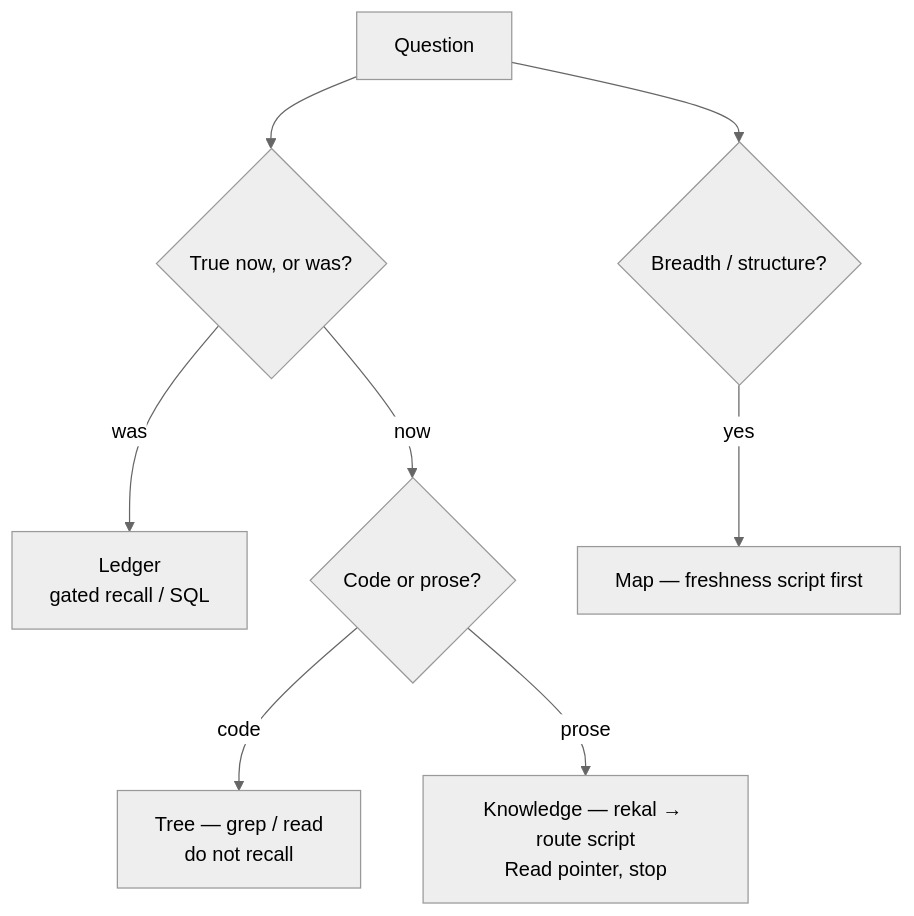
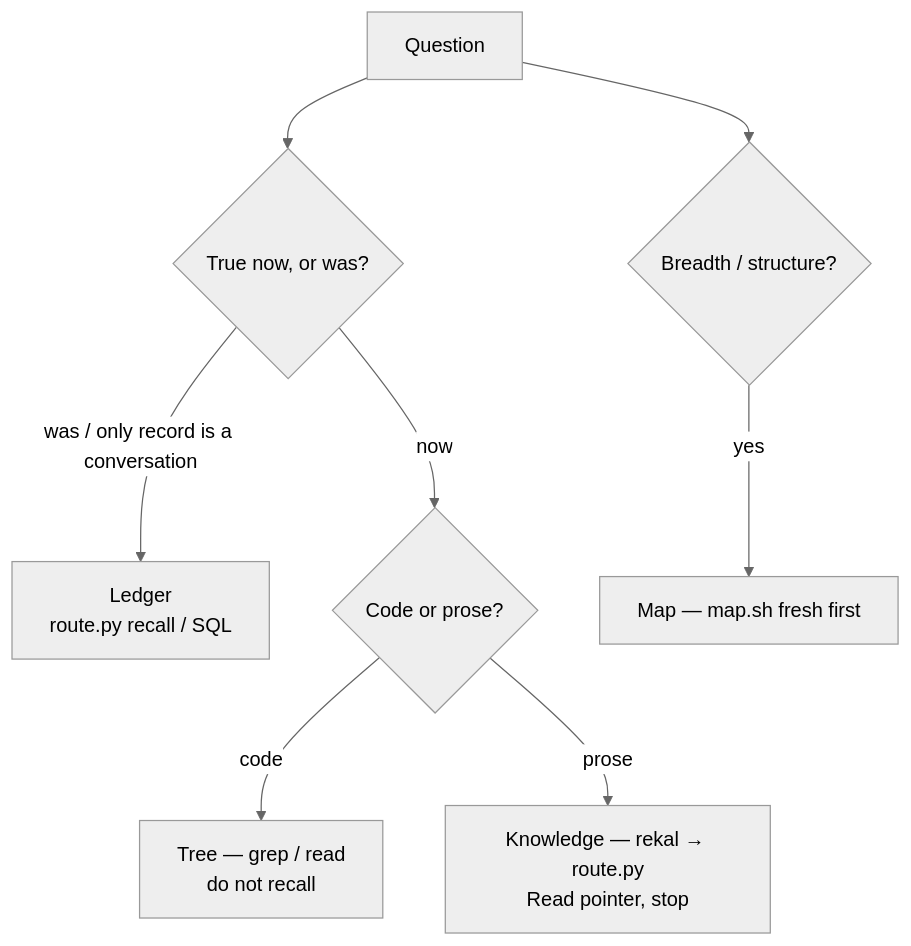
One commit to rekal-dev/rekal-cli changed the second of 4 diagrams in docs/design/skill-router.md. Above: the diagram before and after it, drawn with Mermaid (neutral theme). The commit also changed other lines of this file and 25 other files, not shown here.

````diff
--- a/docs/design/skill-router.md
+++ b/docs/design/skill-router.md
@@ -34,10 +39,10 @@
 ```mermaid
 flowchart TD
   q["Question"] --> tense{"True now, or was?"}
-  tense -->|was| ledger["Ledger<br/>gated recall / SQL"]
+  tense -->|was / only record is a conversation| ledger["Ledger<br/>route.py recall / SQL"]
   tense -->|now| kind{"Code or prose?"}
   kind -->|code| tree["Tree — grep / read<br/>do not recall"]
-  kind -->|prose| know["Knowledge — rekal → route script<br/>Read pointer, stop"]
+  kind -->|prose| know["Knowledge — rekal → route.py<br/>Read pointer, stop"]
   q --> shape{"Breadth / structure?"}
-  shape -->|yes| map["Map — freshness script first"]
+  shape -->|yes| map["Map — map.sh fresh first"]
 ```
````
